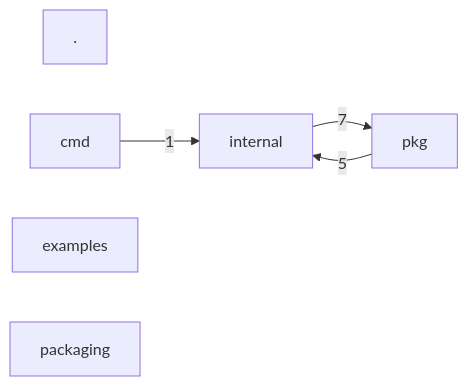
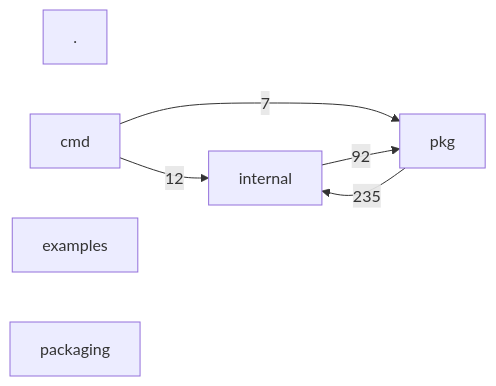
One commit to eom1417/engineering-audit-os changed the diagram in evaluations/review-pack/REPORT/SYSTEM-MAP.md. Above: the diagram before and after it, drawn with Mermaid. The commit also changed other lines of this file and 399 other files, not shown here.

````diff
--- a/evaluations/review-pack/REPORT/SYSTEM-MAP.md
+++ b/evaluations/review-pack/REPORT/SYSTEM-MAP.md
@@ -52,12 +65,13 @@
 ```mermaid
 flowchart LR
   g0["."]
   g1["cmd"]
   g2["examples"]
   g3["internal"]
   g4["packaging"]
   g5["pkg"]
-  g1 -->|1| g3
-  g3 -->|7| g5
-  g5 -->|5| g3
+  g1 -->|12| g3
+  g1 -->|7| g5
+  g3 -->|92| g5
+  g5 -->|235| g3
 ```
````
